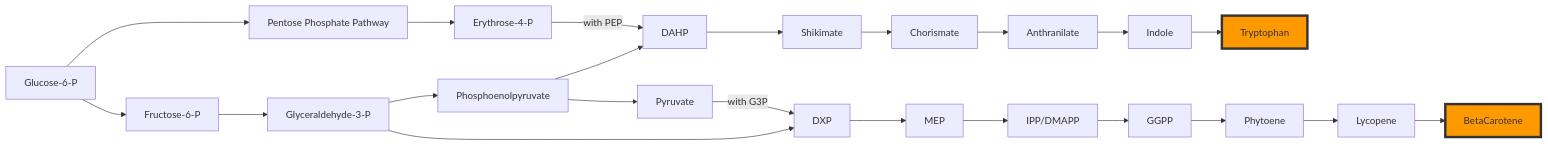
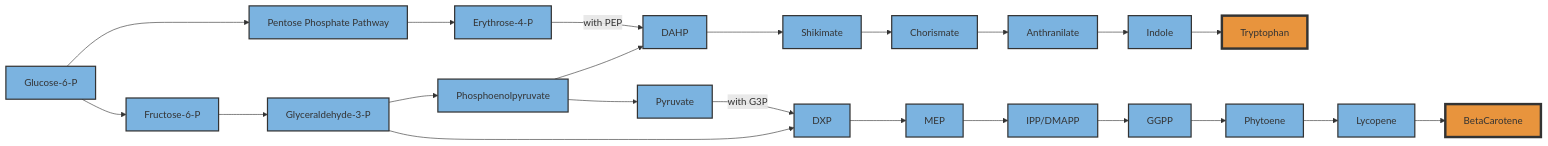
One commit to Mjvolk3/torchcell changed the diagram in notes/metabolism.beta-carotene-and-tryptophan.md. Above: the diagram before and after it, drawn with Mermaid. The commit also changed 9 other files, not shown here.

````diff
--- a/notes/metabolism.beta-carotene-and-tryptophan.md
+++ b/notes/metabolism.beta-carotene-and-tryptophan.md
@@ -8,29 +8,30 @@
 ```mermaid
 graph LR
   %% Central carbon metabolism
   G6P[Glucose-6-P] --> F6P[Fructose-6-P]
   G6P --> PPP[Pentose Phosphate Pathway]
   F6P --> G3P[Glyceraldehyde-3-P]
   G3P --> PEP[Phosphoenolpyruvate]
   PEP --> PYR[Pyruvate]
   
   %% PPP branch
   PPP --> E4P[Erythrose-4-P]
   
   %% Shikimate Pathway
   E4P -- with PEP --> DAHP[DAHP]
   PEP --> DAHP
   DAHP --> Shikimate --> Chorismate
   Chorismate --> Anthranilate --> Indole
   Indole --> Tryptophan:::highlight
   
   %% Terpenoid pathway
   PYR -- with G3P --> DXP[DXP]
   G3P --> DXP
   DXP --> MEP[MEP] --> IPP[IPP/DMAPP]
   IPP --> GGPP[GGPP]
   GGPP --> Phytoene --> Lycopene
   Lycopene --> BetaCarotene:::highlight
   
-  classDef highlight fill:#FF9900,stroke:#333,stroke-width:4px;
+  classDef default fill:#7BB3E0,stroke:#333,stroke-width:2px;
+  classDef highlight fill:#E8943D,stroke:#333,stroke-width:4px;
 ```
````
